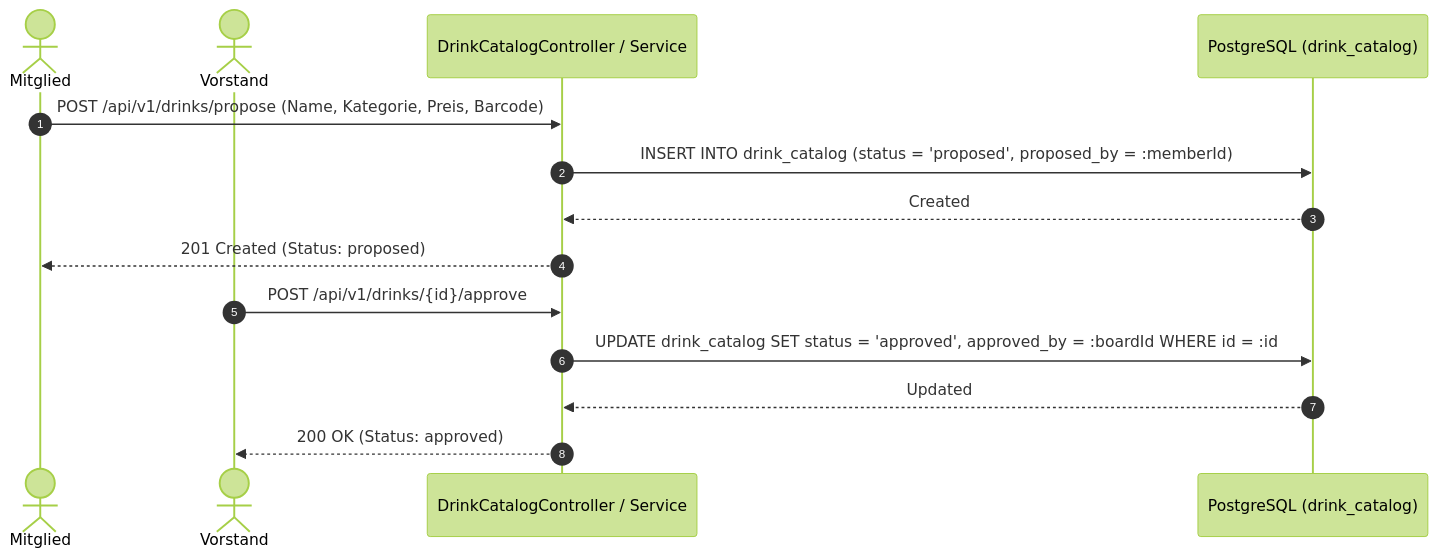
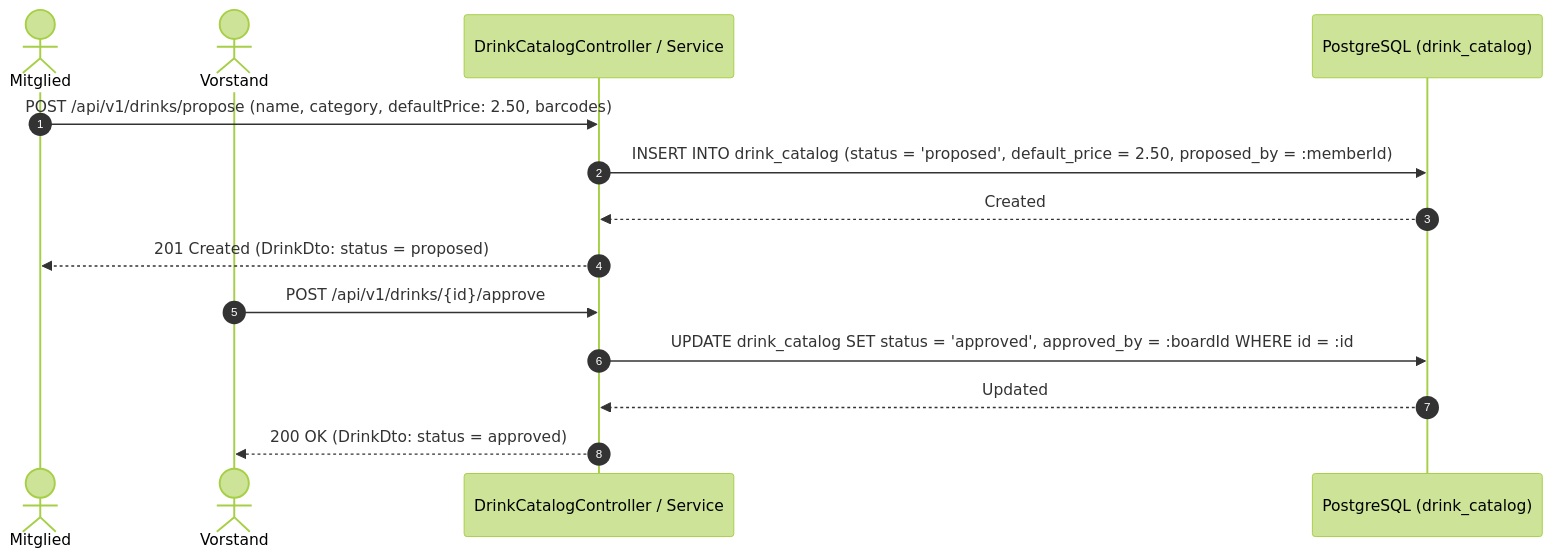
One commit to damaurer/vereint changed the diagram in docs/domains/drink-catalog-and-sublists.md. Above: the diagram before and after it, drawn with Mermaid (forest theme). The commit also changed other lines of this file and 11 other files, not shown here.

Commit message:
Update documentation for drinks, events, users, ledger, and architecture domains with enhanced data model details and API specifications

````diff
--- a/docs/domains/drink-catalog-and-sublists.md
+++ b/docs/domains/drink-catalog-and-sublists.md
@@ -91,18 +99,18 @@
 ```mermaid
 sequenceDiagram
     autonumber
     actor Member as Mitglied
     actor Board as Vorstand
     participant Spring as DrinkCatalogController / Service
     participant DB as PostgreSQL (drink_catalog)
 
-    Member->>Spring: POST /api/v1/drinks/propose (Name, Kategorie, Preis, Barcode)
-    Spring->>DB: INSERT INTO drink_catalog (status = 'proposed', proposed_by = :memberId)
+    Member->>Spring: POST /api/v1/drinks/propose (name, category, defaultPrice: 2.50, barcodes)
+    Spring->>DB: INSERT INTO drink_catalog (status = 'proposed', default_price = 2.50, proposed_by = :memberId)
     DB-->>Spring: Created
-    Spring-->>Member: 201 Created (Status: proposed)
+    Spring-->>Member: 201 Created (DrinkDto: status = proposed)
 
     Board->>Spring: POST /api/v1/drinks/{id}/approve
     Spring->>DB: UPDATE drink_catalog SET status = 'approved', approved_by = :boardId WHERE id = :id
     DB-->>Spring: Updated
-    Spring-->>Board: 200 OK (Status: approved)
+    Spring-->>Board: 200 OK (DrinkDto: status = approved)
 ```
````
